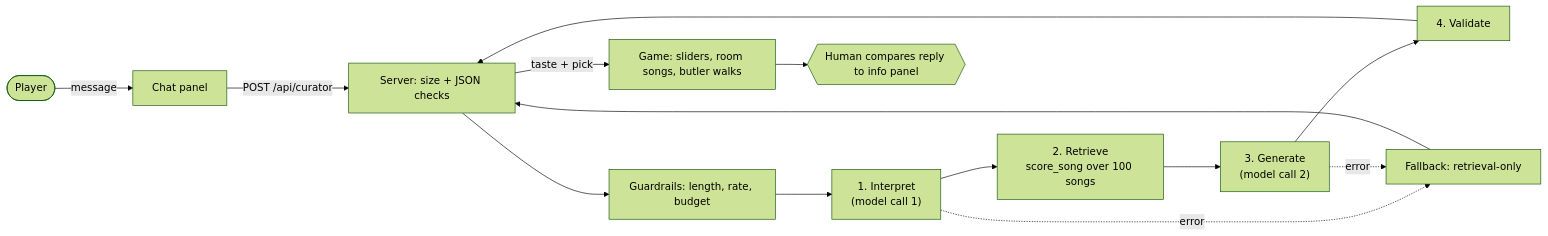
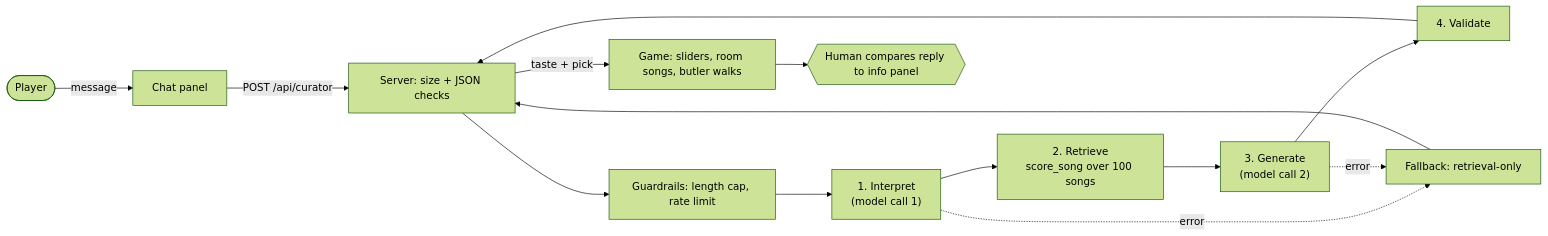
One commit to jemg-dev/applied-ai-system-project changed the diagram in README.md. Above: the diagram before and after it, drawn with Mermaid (forest theme). The commit also changed 2 other files, not shown here.

Commit message:
Make the system diagram match the code for the rate-limit and budget paths

````diff
--- a/README.md
+++ b/README.md
@@ -29,13 +29,13 @@
 ```mermaid
 flowchart LR
     P(["Player"]) -->|message| C["Chat panel"] -->|POST /api/curator| S["Server: size + JSON checks"]
-    S --> G["Guardrails: length, rate, budget"] --> I["1. Interpret<br/>(model call 1)"]
+    S --> G["Guardrails: length cap, rate limit"] --> I["1. Interpret<br/>(model call 1)"]
     I --> R["2. Retrieve<br/>score_song over 100 songs"]
     R --> M["3. Generate<br/>(model call 2)"] --> V["4. Validate"]
     V --> S
     S -->|taste + pick| GAME["Game: sliders, room songs, butler walks"]
     I -.error.-> F["Fallback: retrieval-only"]
     M -.error.-> F
     F --> S
     GAME --> H{{"Human compares reply to info panel"}}
 ```
````
